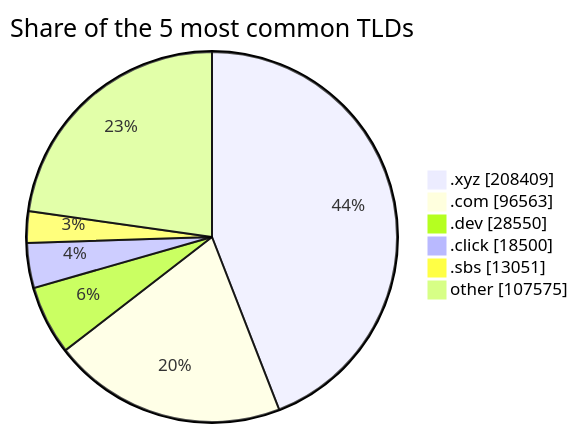
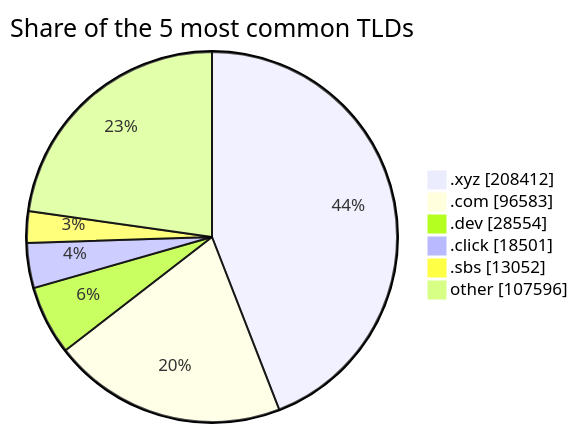
The second of 2 diagrams in README.md (DNSBunker/CTI), drawn with Mermaid before and after one commit. The commit also changed other lines of this file and 3 other files, not shown here.

````diff
--- a/README.md
+++ b/README.md
@@ -72,9 +72,9 @@
 ```mermaid
 pie showData title Share of the 5 most common TLDs
-    ".xyz" : 208409
-    ".com" : 96563
-    ".dev" : 28550
-    ".click" : 18500
-    ".sbs" : 13051
-    "other" : 107575
+    ".xyz" : 208412
+    ".com" : 96583
+    ".dev" : 28554
+    ".click" : 18501
+    ".sbs" : 13052
+    "other" : 107596
 ```
````
